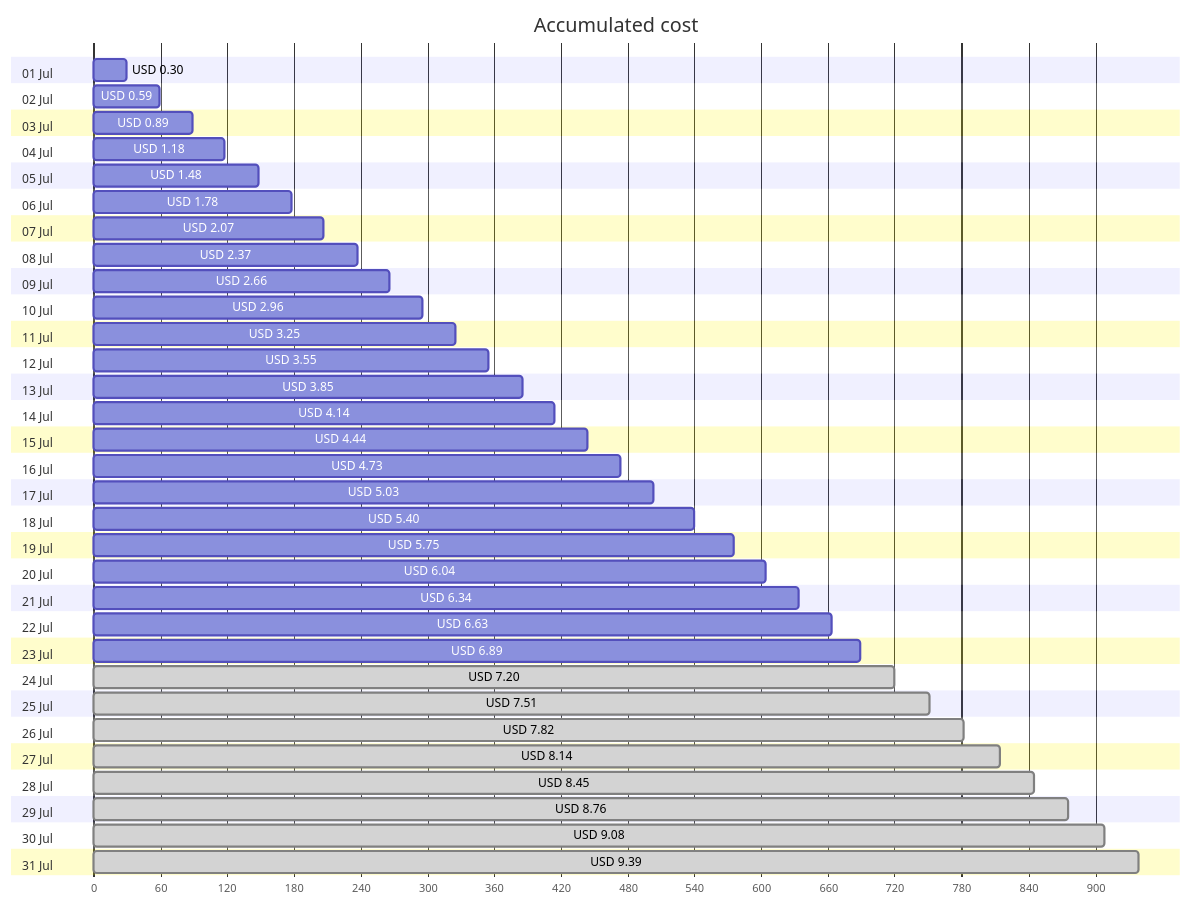
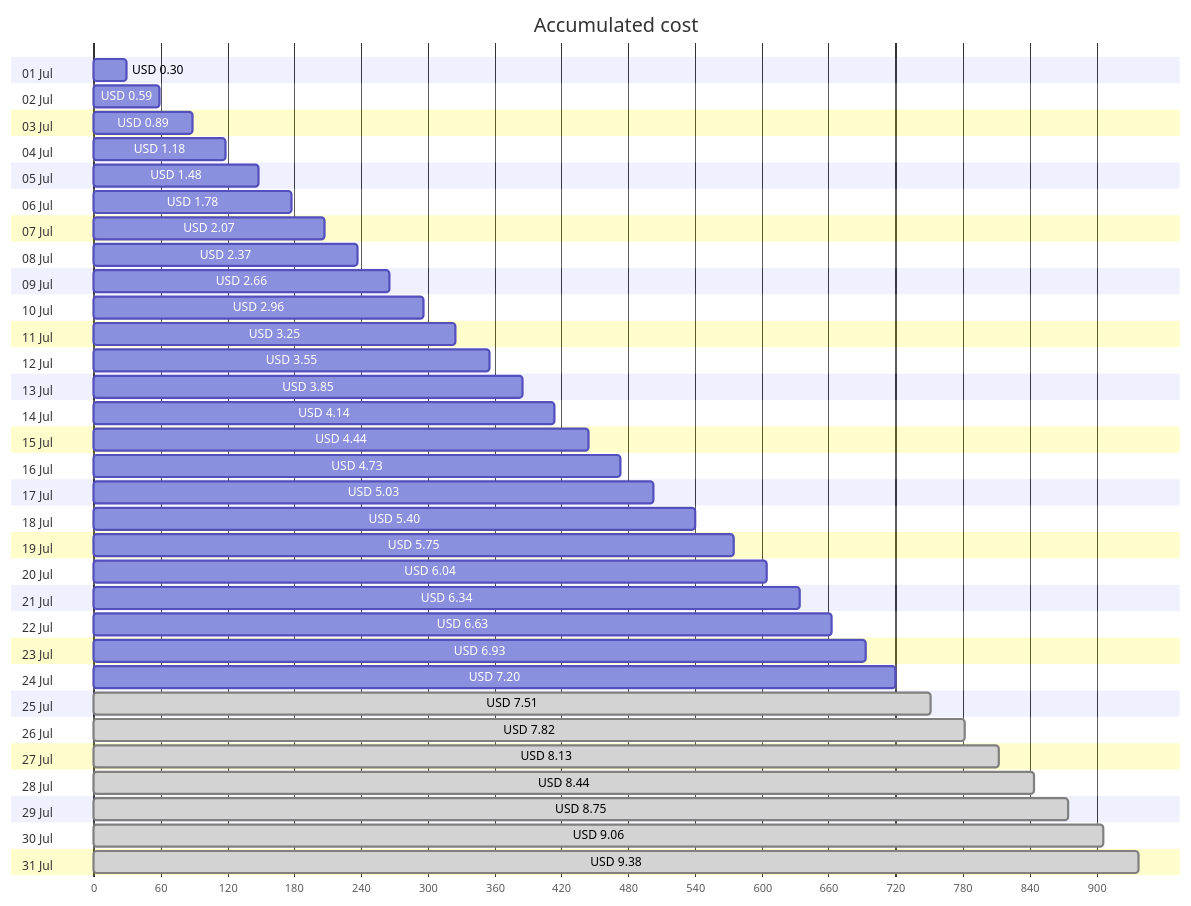
Before and after one commit to jpfulton/azure-personal-reports: the first of 4 diagrams in cost-reports/personal-site/personal-site-preview.md, drawn with Mermaid. The commit also changed other lines of this file and 6 other files, not shown here.

````diff
--- a/cost-reports/personal-site/personal-site-preview.md
+++ b/cost-reports/personal-site/personal-site-preview.md
@@ -20,68 +20,68 @@
 ```mermaid
 gantt
    title Accumulated cost
    dateFormat  X
    axisFormat %s
    section 01 Jul
    USD 0.30 :0, 30
    section 02 Jul
    USD 0.59 :0, 59
    section 03 Jul
    USD 0.89 :0, 89
    section 04 Jul
    USD 1.18 :0, 118
    section 05 Jul
    USD 1.48 :0, 148
    section 06 Jul
    USD 1.78 :0, 178
    section 07 Jul
    USD 2.07 :0, 207
    section 08 Jul
    USD 2.37 :0, 237
    section 09 Jul
    USD 2.66 :0, 266
    section 10 Jul
    USD 2.96 :0, 296
    section 11 Jul
    USD 3.25 :0, 325
    section 12 Jul
    USD 3.55 :0, 355
    section 13 Jul
    USD 3.85 :0, 385
    section 14 Jul
    USD 4.14 :0, 414
    section 15 Jul
    USD 4.44 :0, 444
    section 16 Jul
    USD 4.73 :0, 473
    section 17 Jul
    USD 5.03 :0, 503
    section 18 Jul
    USD 5.40 :0, 540
    section 19 Jul
    USD 5.75 :0, 575
    section 20 Jul
    USD 6.04 :0, 604
    section 21 Jul
    USD 6.34 :0, 634
    section 22 Jul
    USD 6.63 :0, 663
    section 23 Jul
-   USD 6.89 :0, 689
+   USD 6.93 :0, 693
    section 24 Jul
-   USD 7.20 : done, 0, 720
+   USD 7.20 :0, 720
    section 25 Jul
    USD 7.51 : done, 0, 751
    section 26 Jul
    USD 7.82 : done, 0, 782
    section 27 Jul
-   USD 8.14 : done, 0, 814
+   USD 8.13 : done, 0, 813
    section 28 Jul
-   USD 8.45 : done, 0, 845
+   USD 8.44 : done, 0, 844
    section 29 Jul
-   USD 8.76 : done, 0, 876
+   USD 8.75 : done, 0, 875
    section 30 Jul
-   USD 9.08 : done, 0, 908
+   USD 9.06 : done, 0, 906
    section 31 Jul
-   USD 9.39 : done, 0, 939
+   USD 9.38 : done, 0, 938
 ```
````
